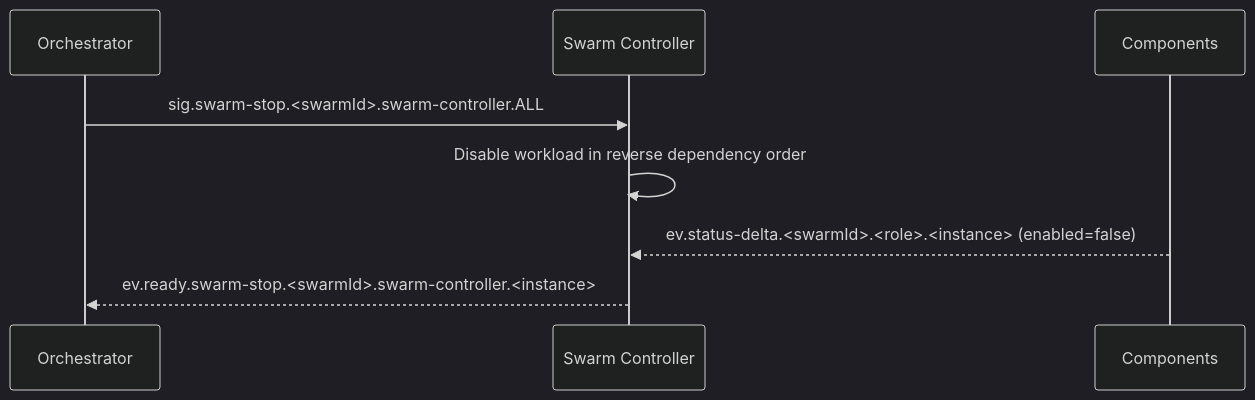
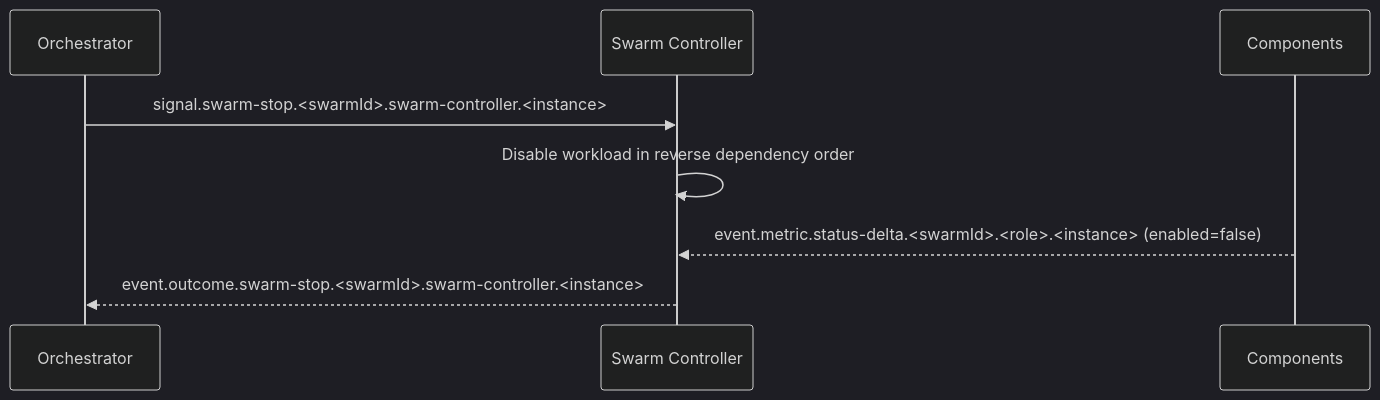
One commit to sepa79/PocketHive changed the fourth of 6 diagrams in docs/ARCHITECTURE.md. Above: the diagram before and after it, drawn with Mermaid (dark theme). The commit also changed other lines of this file and 13 other files, not shown here.

````diff
--- a/docs/ARCHITECTURE.md
+++ b/docs/ARCHITECTURE.md
@@ -271,11 +390,11 @@
 ```mermaid
 sequenceDiagram
   participant QN as Orchestrator
   participant MSH as Swarm Controller
   participant CMP as Components
 
-  QN->>MSH: sig.swarm-stop.<swarmId>.swarm-controller.ALL
+  QN->>MSH: signal.swarm-stop.<swarmId>.swarm-controller.<instance>
   MSH->>MSH: Disable workload in reverse dependency order
-  CMP-->>MSH: ev.status-delta.<swarmId>.<role>.<instance> (enabled=false)
-  MSH-->>QN: ev.ready.swarm-stop.<swarmId>.swarm-controller.<instance>
+  CMP-->>MSH: event.metric.status-delta.<swarmId>.<role>.<instance> (enabled=false)
+  MSH-->>QN: event.outcome.swarm-stop.<swarmId>.swarm-controller.<instance>
 ```
````
